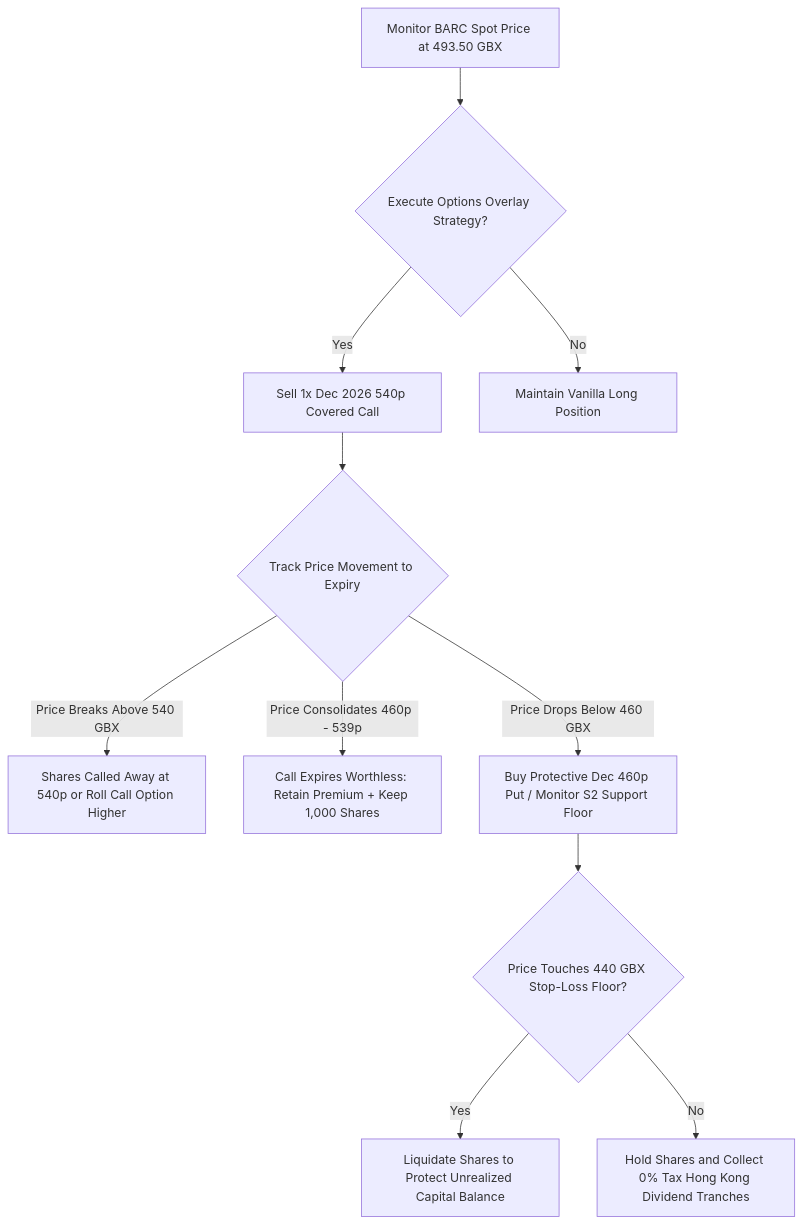
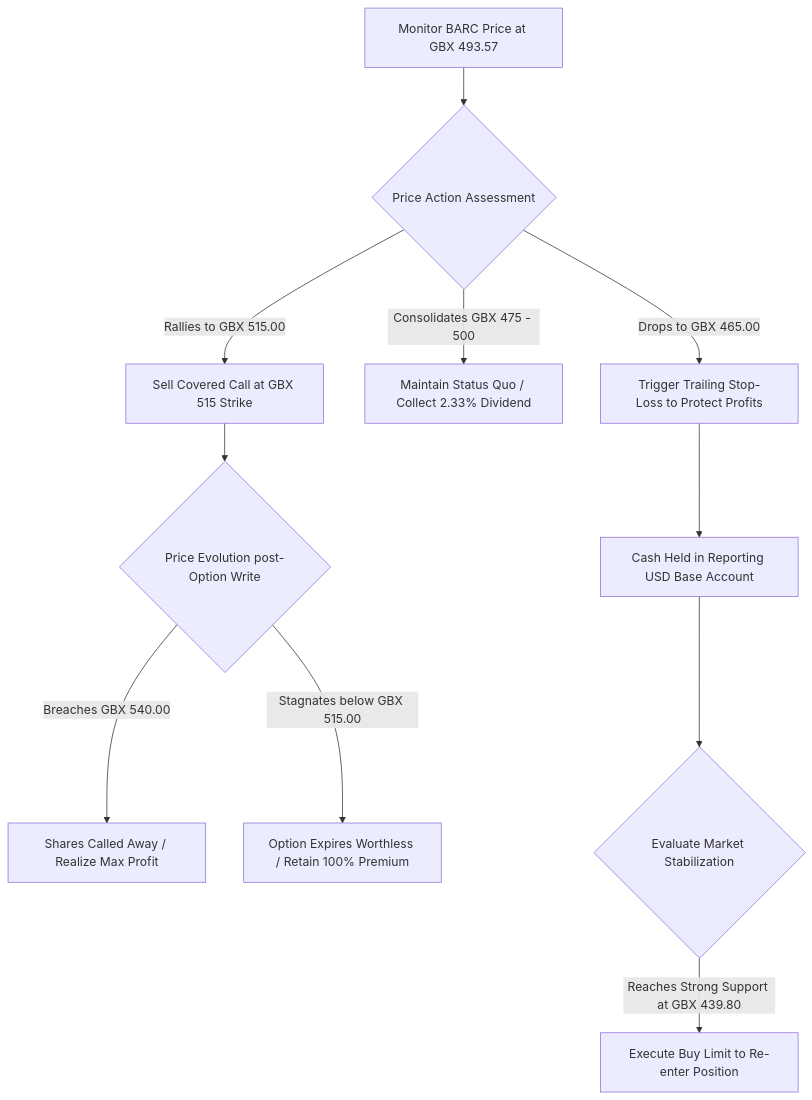
Before and after one commit to ray-oh/portal: the diagram in docs/BARC.md, drawn with Mermaid. The commit also changed other lines of this file, not shown here.

Commit message:
[Update] Automated upload via ChatFlow - docs/BARC.md

````diff
--- a/docs/BARC.md
+++ b/docs/BARC.md
@@ -48,13 +44,13 @@
 ```mermaid
-flowchart TD
-A[Monitor BARC Spot Price at 493.50 GBX] --> B{Execute Options Overlay Strategy?}
-B -->|Yes| C[Sell 1x Dec 2026 540p Covered Call]
-B -->|No| D[Maintain Vanilla Long Position]
-C --> E{Track Price Movement to Expiry}
-E -->|Price Breaks Above 540 GBX| F[Shares Called Away at 540p or Roll Call Option Higher]
-E -->|Price Consolidates 460p - 539p| G[Call Expires Worthless: Retain Premium + Keep 1,000 Shares]
-E -->|Price Drops Below 460 GBX| H[Buy Protective Dec 460p Put / Monitor S2 Support Floor]
-H --> I{Price Touches 440 GBX Stop-Loss Floor?}
-I -->|Yes| J[Liquidate Shares to Protect Unrealized Capital Balance]
-I -->|No| K[Hold Shares and Collect 0% Tax Hong Kong Dividend Tranches]
+graph TD
+A[Monitor BARC Price at GBX 493.57] --> B{Price Action Assessment}
+B -->|Rallies to GBX 515.00| C[Sell Covered Call at GBX 515 Strike]
+B -->|Consolidates GBX 475 - 500| D[Maintain Status Quo / Collect 2.33% Dividend]
+B -->|Drops to GBX 465.00| E[Trigger Trailing Stop-Loss to Protect Profits]
+C --> F{Price Evolution post-Option Write}
+F -->|Breaches GBX 540.00| G[Shares Called Away / Realize Max Profit]
+F -->|Stagnates below GBX 515.00| H[Option Expires Worthless / Retain 100% Premium]
+E --> I[Cash Held in Reporting USD Base Account]
+I --> J{Evaluate Market Stabilization}
+J -->|Reaches Strong Support at GBX 439.80| K[Execute Buy Limit to Re-enter Position]
 ```
````
